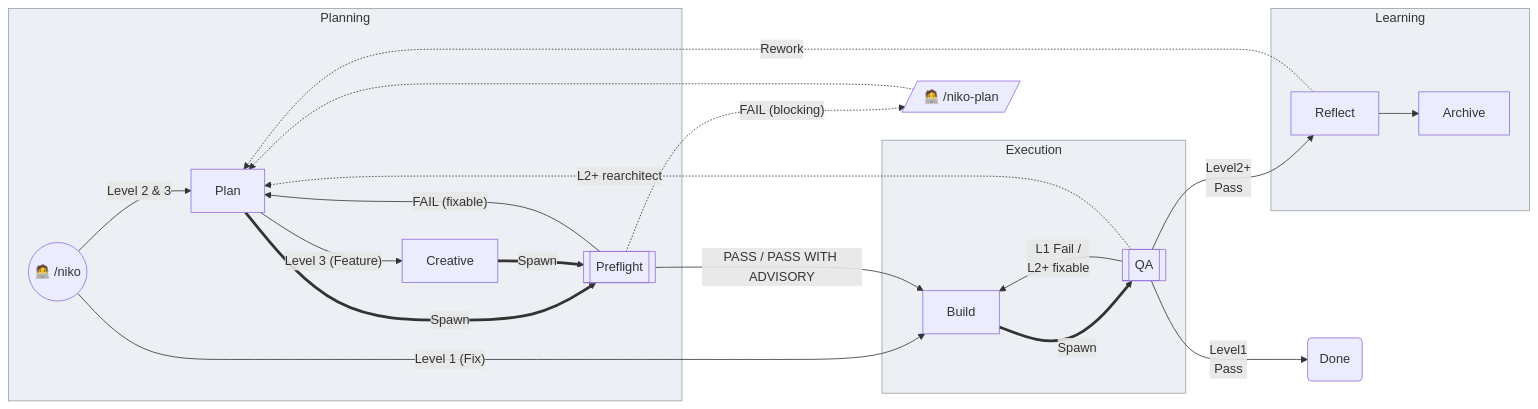
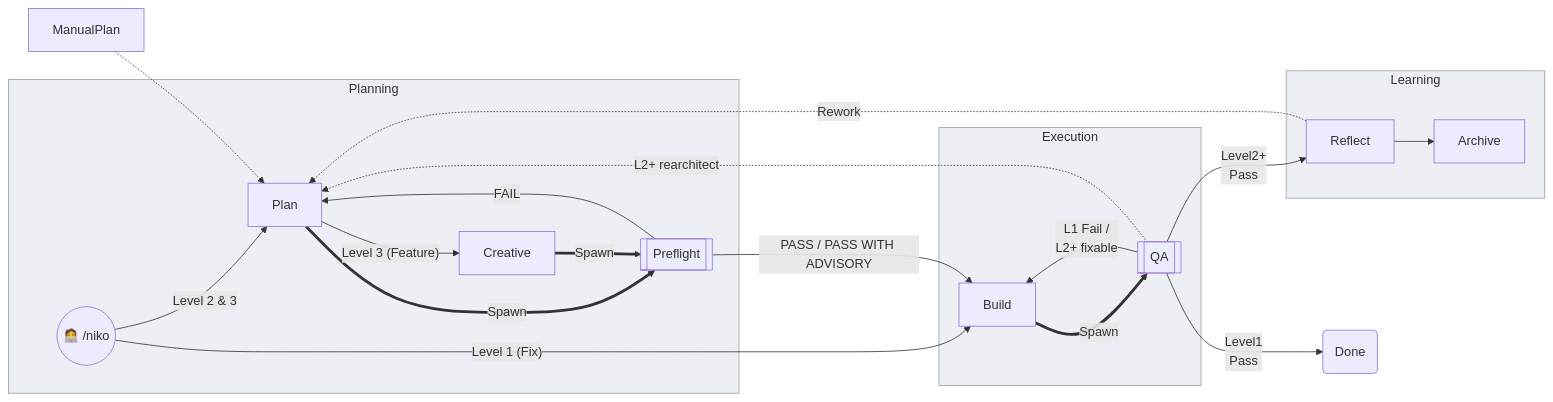
Before and after one commit to Texarkanine/.cursor-rules: the second of 6 diagrams in rulesets/niko/README.md, drawn with Mermaid. The commit also changed other lines of this file and 1 other file, not shown here.

Commit message:
fix(docs): README charts and level3 chart

````diff
--- a/rulesets/niko/README.md
+++ b/rulesets/niko/README.md
@@ -87,39 +93,38 @@
 ```mermaid
 flowchart LR
 	Niko(("🧑‍💻 /niko"))
 	Archive["Archive"]
 
 	subgraph Planning
 		Plan["Plan"]
 		Creative["Creative"]
 		Niko -- "Level 2 & 3" --> Plan
 		Plan -- "Level 3 (Feature)" --> Creative
 		Plan ==Spawn==> NikoPreflight[["Preflight"]]
 		Creative ==Spawn==> NikoPreflight
 	end
 
 	Niko -- "Level 1 (Fix)" --> Build
 	NikoPreflight -->|"PASS / PASS WITH ADVISORY"| Build
-	NikoPreflight -->|"FAIL (fixable)"| Plan
-	NikoPreflight -.->|"FAIL (blocking)"| ManualPlan[/"🧑‍💻 /niko-plan"/]
+	NikoPreflight -->|"FAIL"| Plan
 	ManualPlan -.-> Plan
 
 	subgraph Execution
 		Build["Build"]
 		Build ==Spawn==> NikoQA[["QA"]]
 	end
 
 	NikoQA -->|"L1 Fail /<br>L2+ fixable"| Build
 	NikoQA -.->|"L2+ rearchitect"| Plan
 	NikoQA -->|"Level1<br>Pass"| Done("Done")
 	NikoQA -->|"Level2+<br>Pass"| Reflect
 
 	subgraph Learning
 		Reflect["Reflect"]
 		Reflect -.->|"Rework"| Plan
 		Reflect --> Archive
 	end
 
 	classDef ideology fill:#eceff4,stroke:#9aa0a6,color:#333
 	class Planning,Execution,Learning ideology
 ```
````
